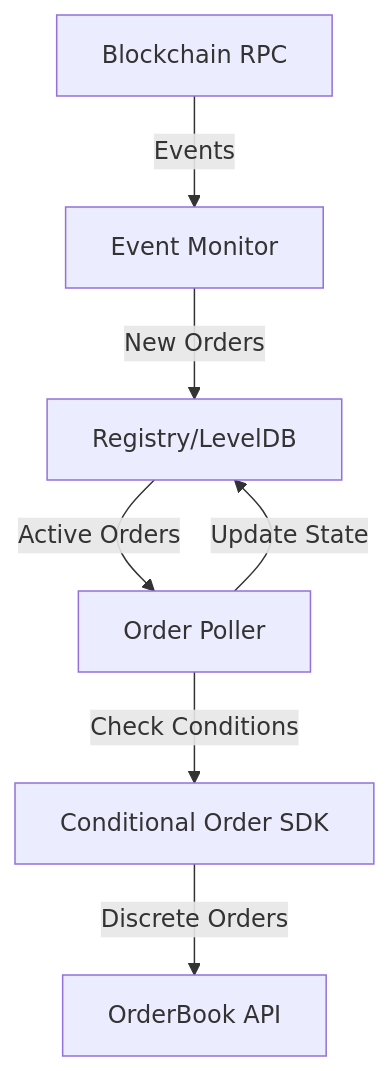
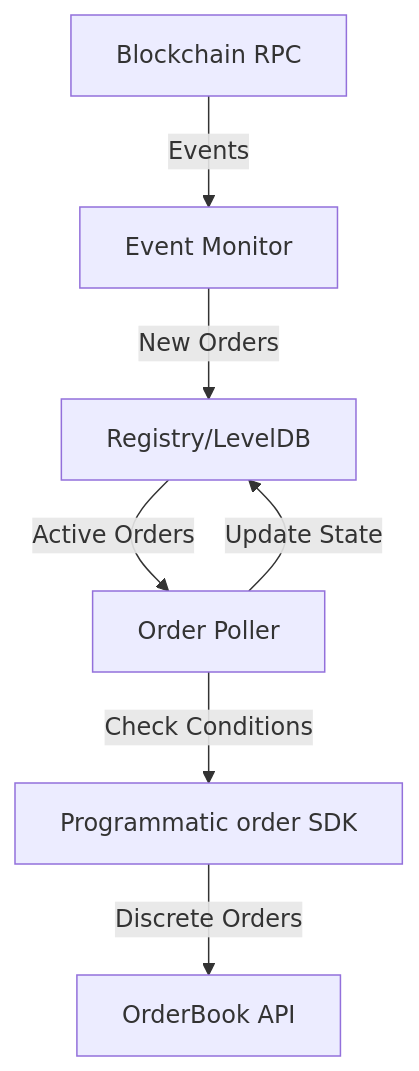
One commit to bleu/cow-docs-mintlify changed the diagram in watch-tower/architecture.mdx. Above: the diagram before and after it, drawn with Mermaid. The commit also changed other lines of this file and 91 other files, not shown here.

````diff
--- a/watch-tower/architecture.mdx
+++ b/watch-tower/architecture.mdx
@@ -18,9 +18,9 @@
 ```mermaid
 graph TB
     A[Blockchain RPC] -->|Events| B[Event Monitor]
     B -->|New Orders| C[Registry/LevelDB]
     C -->|Active Orders| D[Order Poller]
-    D -->|Check Conditions| E[Conditional Order SDK]
+    D -->|Check Conditions| E[Programmatic order SDK]
     E -->|Discrete Orders| F[OrderBook API]
     D -->|Update State| C
 ```
````
